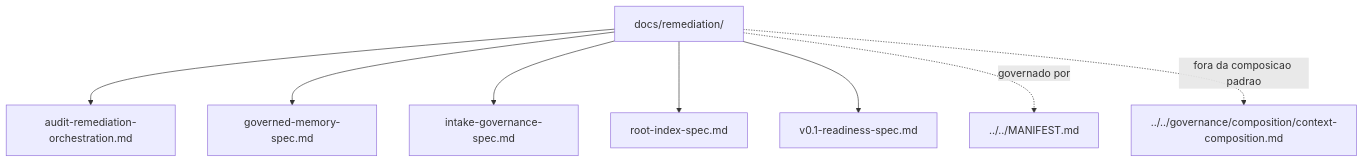
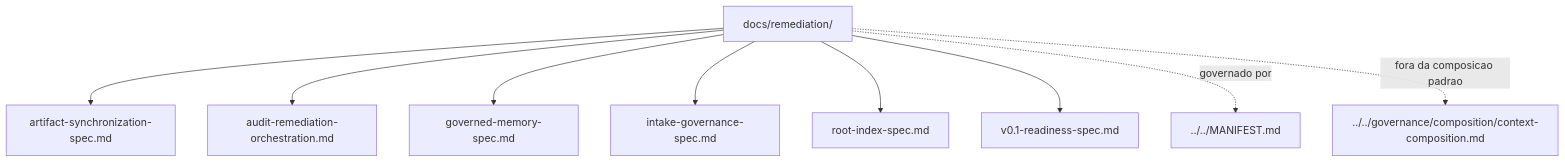
One commit to moreira-and/agent-ops changed the diagram in docs/remediation/README.md. Above: the diagram before and after it, drawn with Mermaid. The commit also changed other lines of this file and 18 other files, not shown here.

Commit message:
feat(sync): add Artifact Synchronization

````diff
--- a/docs/remediation/README.md
+++ b/docs/remediation/README.md
@@ -66,11 +67,12 @@
 ```mermaid
 flowchart TD
     current["docs/remediation/"]
-    current --> n1["audit-remediation-orchestration.md"]
-    current --> n2["governed-memory-spec.md"]
-    current --> n3["intake-governance-spec.md"]
-    current --> n4["root-index-spec.md"]
-    current --> n5["v0.1-readiness-spec.md"]
-    current -. "governado por" .-> n6["../../MANIFEST.md"]
-    current -. "fora da composicao padrao" .-> n7["../../governance/composition/context-composition.md"]
+    current --> n1["artifact-synchronization-spec.md"]
+    current --> n2["audit-remediation-orchestration.md"]
+    current --> n3["governed-memory-spec.md"]
+    current --> n4["intake-governance-spec.md"]
+    current --> n5["root-index-spec.md"]
+    current --> n6["v0.1-readiness-spec.md"]
+    current -. "governado por" .-> n7["../../MANIFEST.md"]
+    current -. "fora da composicao padrao" .-> n8["../../governance/composition/context-composition.md"]
 ```
````
